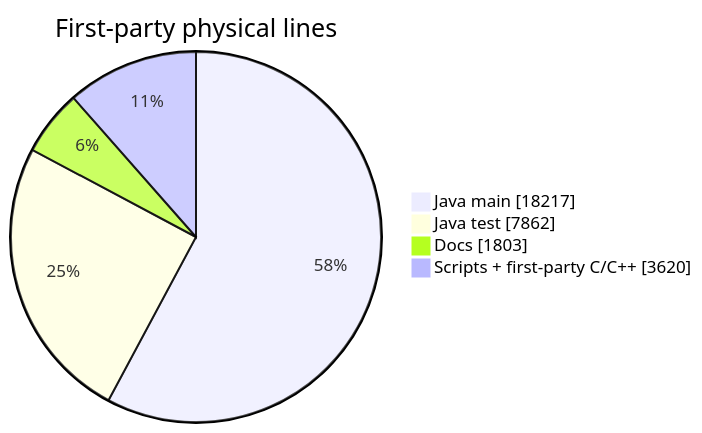
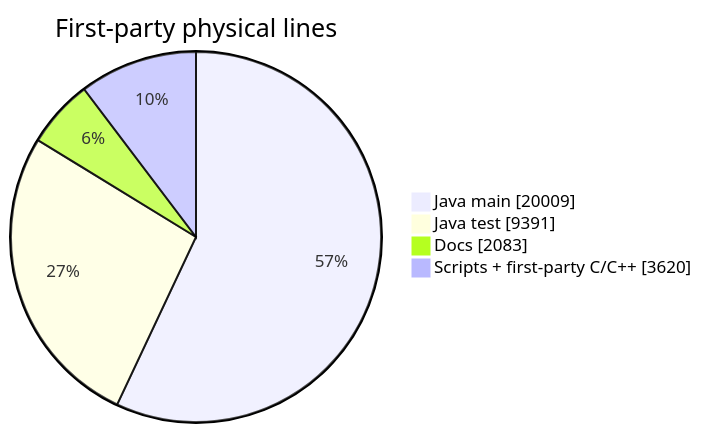
Before and after one commit to chris-piekarski/hot-iron: the first of 2 diagrams in docs/stats.md, drawn with Mermaid. The commit also changed other lines of this file and 57 other files, not shown here.

````diff
--- a/docs/stats.md
+++ b/docs/stats.md
@@ -30,8 +30,8 @@
 ```mermaid
 pie showData
     title First-party physical lines
-    "Java main" : 18217
-    "Java test" : 7862
-    "Docs" : 1803
+    "Java main" : 20009
+    "Java test" : 9391
+    "Docs" : 2083
     "Scripts + first-party C/C++" : 3620
 ```
````
